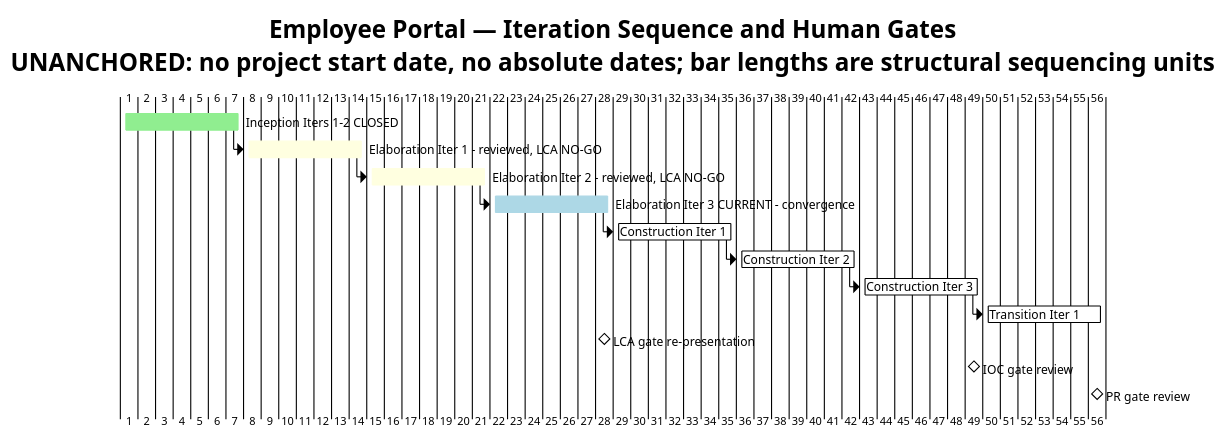
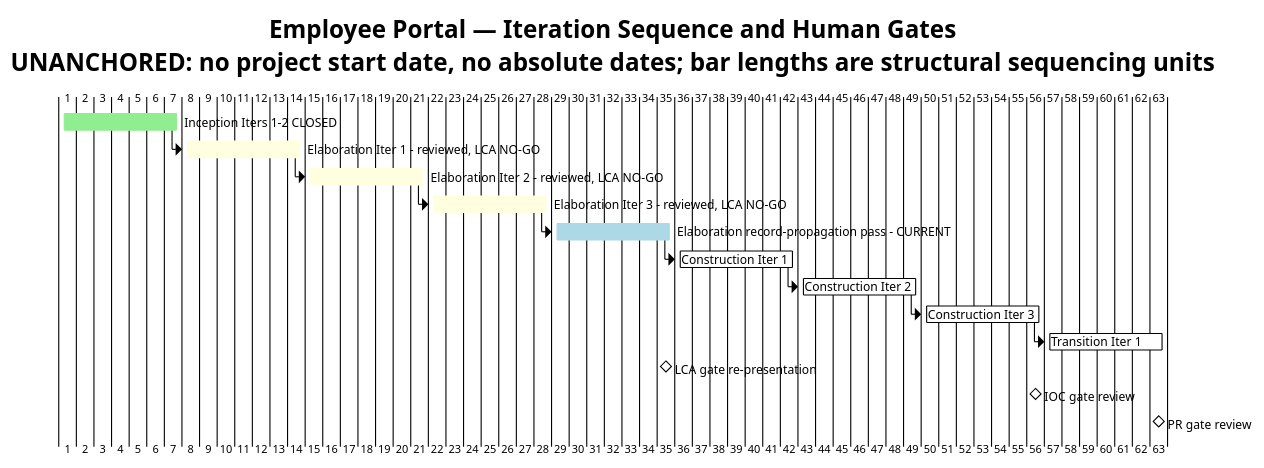
The first of 2 diagrams in docs/artifacts/project-management/iteration-plan.md (banense-test/employee-portal), drawn with PlantUML before and after one commit. The commit also changed other lines of this file, not shown here.

````diff
--- a/docs/artifacts/project-management/iteration-plan.md
+++ b/docs/artifacts/project-management/iteration-plan.md
@@ -44,37 +45,41 @@
 ```plantuml
 @startgantt
 !theme plain
 title Employee Portal — Iteration Sequence and Human Gates\nUNANCHORED: no project start date, no absolute dates; bar lengths are structural sequencing units
 
 [Inception Iters 1-2 CLOSED] lasts 7 days
 [Inception Iters 1-2 CLOSED] is colored in lightgreen
 
 [Elaboration Iter 1 - reviewed, LCA NO-GO] lasts 7 days
 [Elaboration Iter 1 - reviewed, LCA NO-GO] starts at [Inception Iters 1-2 CLOSED]'s end
 [Elaboration Iter 1 - reviewed, LCA NO-GO] is colored in lightyellow
 
 [Elaboration Iter 2 - reviewed, LCA NO-GO] lasts 7 days
 [Elaboration Iter 2 - reviewed, LCA NO-GO] starts at [Elaboration Iter 1 - reviewed, LCA NO-GO]'s end
 [Elaboration Iter 2 - reviewed, LCA NO-GO] is colored in lightyellow
 
-[Elaboration Iter 3 CURRENT - convergence] lasts 7 days
-[Elaboration Iter 3 CURRENT - convergence] starts at [Elaboration Iter 2 - reviewed, LCA NO-GO]'s end
-[Elaboration Iter 3 CURRENT - convergence] is colored in lightblue
+[Elaboration Iter 3 - reviewed, LCA NO-GO] lasts 7 days
+[Elaboration Iter 3 - reviewed, LCA NO-GO] starts at [Elaboration Iter 2 - reviewed, LCA NO-GO]'s end
+[Elaboration Iter 3 - reviewed, LCA NO-GO] is colored in lightyellow
+
+[Elaboration record-propagation pass - CURRENT] lasts 7 days
+[Elaboration record-propagation pass - CURRENT] starts at [Elaboration Iter 3 - reviewed, LCA NO-GO]'s end
+[Elaboration record-propagation pass - CURRENT] is colored in lightblue
 
 [Construction Iter 1] lasts 7 days
-[Construction Iter 1] starts at [Elaboration Iter 3 CURRENT - convergence]'s end
+[Construction Iter 1] starts at [Elaboration record-propagation pass - CURRENT]'s end
 
 [Construction Iter 2] lasts 7 days
 [Construction Iter 2] starts at [Construction Iter 1]'s end
 
 [Construction Iter 3] lasts 7 days
 [Construction Iter 3] starts at [Construction Iter 2]'s end
 
 [Transition Iter 1] lasts 7 days
 [Transition Iter 1] starts at [Construction Iter 3]'s end
 
-[LCA gate re-presentation] happens at [Elaboration Iter 3 CURRENT - convergence]'s end
+[LCA gate re-presentation] happens at [Elaboration record-propagation pass - CURRENT]'s end
 [IOC gate review] happens at [Construction Iter 3]'s end
 [PR gate review] happens at [Transition Iter 1]'s end
 @endgantt
 ```
````
